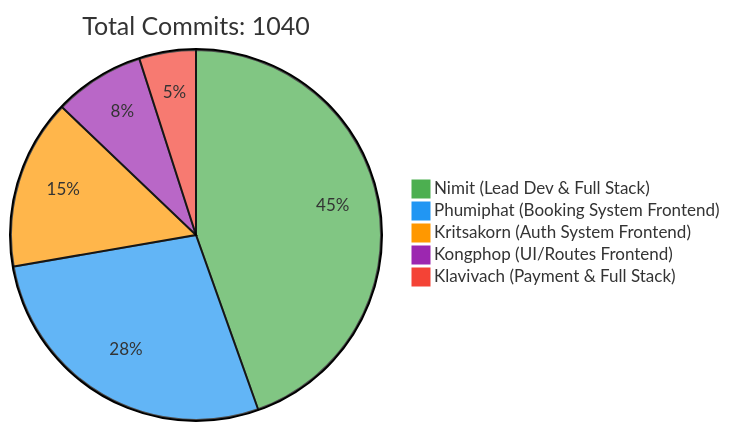
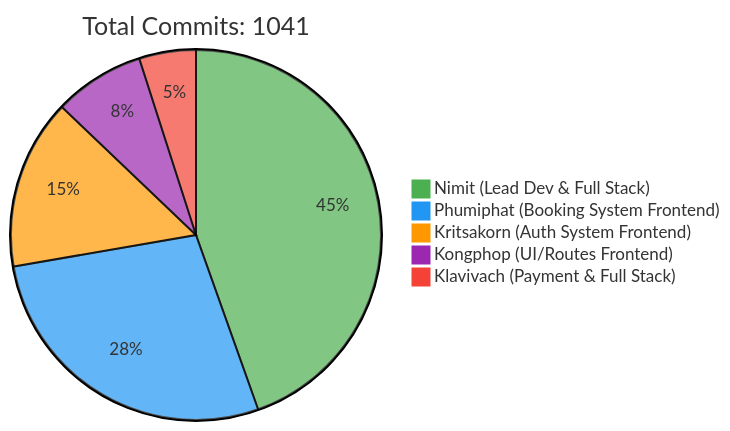
Before and after one commit to 6531503042/Sport-Complex: the first of 2 diagrams in README.md, drawn with Mermaid. The commit also changed other lines of this file, not shown here.

Commit message:
docs: Update contributor statistics [skip ci]

````diff
--- a/README.md
+++ b/README.md
@@ -240,10 +240,10 @@
 ```mermaid
 %%{init: {'theme': 'base', 'themeVariables': { 'pie1': '#4CAF50', 'pie2': '#2196F3', 'pie3': '#FF9800', 'pie4': '#9C27B0', 'pie5': '#F44336'}}}%%
 pie
-    title Total Commits: 1040
+    title Total Commits: 1041
     "Nimit (Lead Dev & Full Stack)" : 450
     "Phumiphat (Booking System Frontend)" : 280
     "Kritsakorn (Auth System Frontend)" : 150
     "Kongphop (UI/Routes Frontend)" : 80
     "Klavivach (Payment & Full Stack)" : 50
 ```
````
